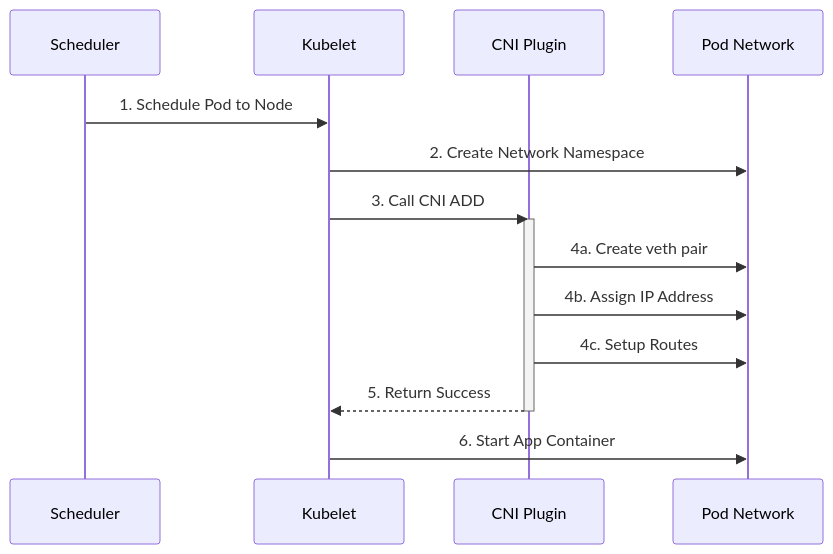
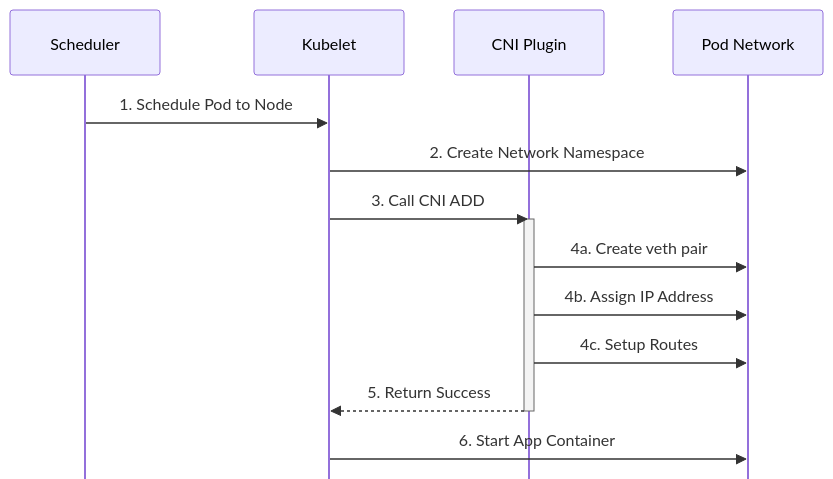
Before and after one commit to SRodi/srodi.github.io: the third of 7 diagrams in _posts/2025-09-07-kubernetes-networking-series-part-2.md, drawn with Mermaid. The commit also changed other lines of this file and 4 other files, not shown here.

````diff
--- a/_posts/2025-09-07-kubernetes-networking-series-part-2.md
+++ b/_posts/2025-09-07-kubernetes-networking-series-part-2.md
@@ -114,18 +114,19 @@
 ```mermaid
+%%{init: {'sequence': {'mirrorActors': false}}}%%
 sequenceDiagram
     participant S as Scheduler
     participant K as Kubelet
     participant C as CNI Plugin
     participant P as Pod Network
 
     S->>K: 1. Schedule Pod to Node
     K->>P: 2. Create Network Namespace
     K->>C: 3. Call CNI ADD
     activate C
     C->>P: 4a. Create veth pair
     C->>P: 4b. Assign IP Address
     C->>P: 4c. Setup Routes
     C-->>K: 5. Return Success
     deactivate C
     K->>P: 6. Start App Container
 ```
````
